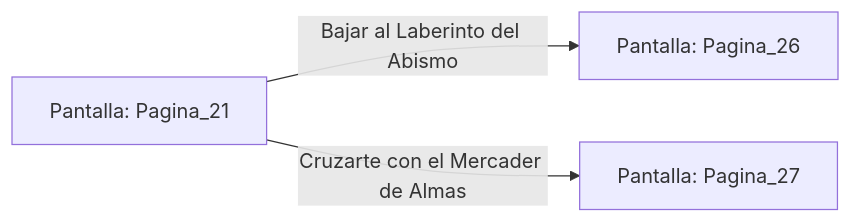
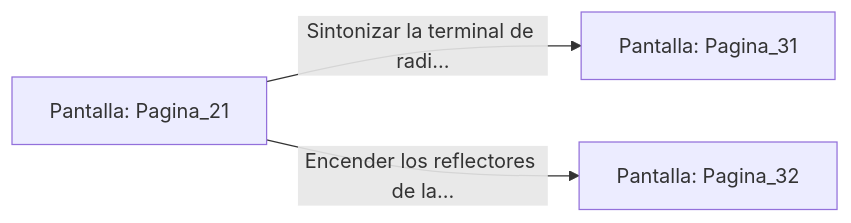
Before and after one commit to metsuke/mpl: the diagram in sample/eligejuego-vault/Pantalla_Pagina_21.md, drawn with Mermaid. The commit also changed other lines of this file and 635 other files, not shown here.

First line of the commit message:
fix: añadir Pagina_1 como pantalla inicial en capitulo_01.mpl

````diff
--- a/sample/eligejuego-vault/Pantalla_Pagina_21.md
+++ b/sample/eligejuego-vault/Pantalla_Pagina_21.md
@@ -17,6 +24,6 @@
 ```mermaid
 graph LR
     P_Pagina_21["Pantalla: Pagina_21"]
-    P_Pagina_21 -->|"Bajar al Laberinto del Abismo"| P_Pagina_26["Pantalla: Pagina_26"]
-    P_Pagina_21 -->|"Cruzarte con el Mercader de Almas"| P_Pagina_27["Pantalla: Pagina_27"]
+    P_Pagina_21 -->|"Sintonizar la terminal de radi..."| P_Pagina_31["Pantalla: Pagina_31"]
+    P_Pagina_21 -->|"Encender los reflectores de la..."| P_Pagina_32["Pantalla: Pagina_32"]
 ```
````
